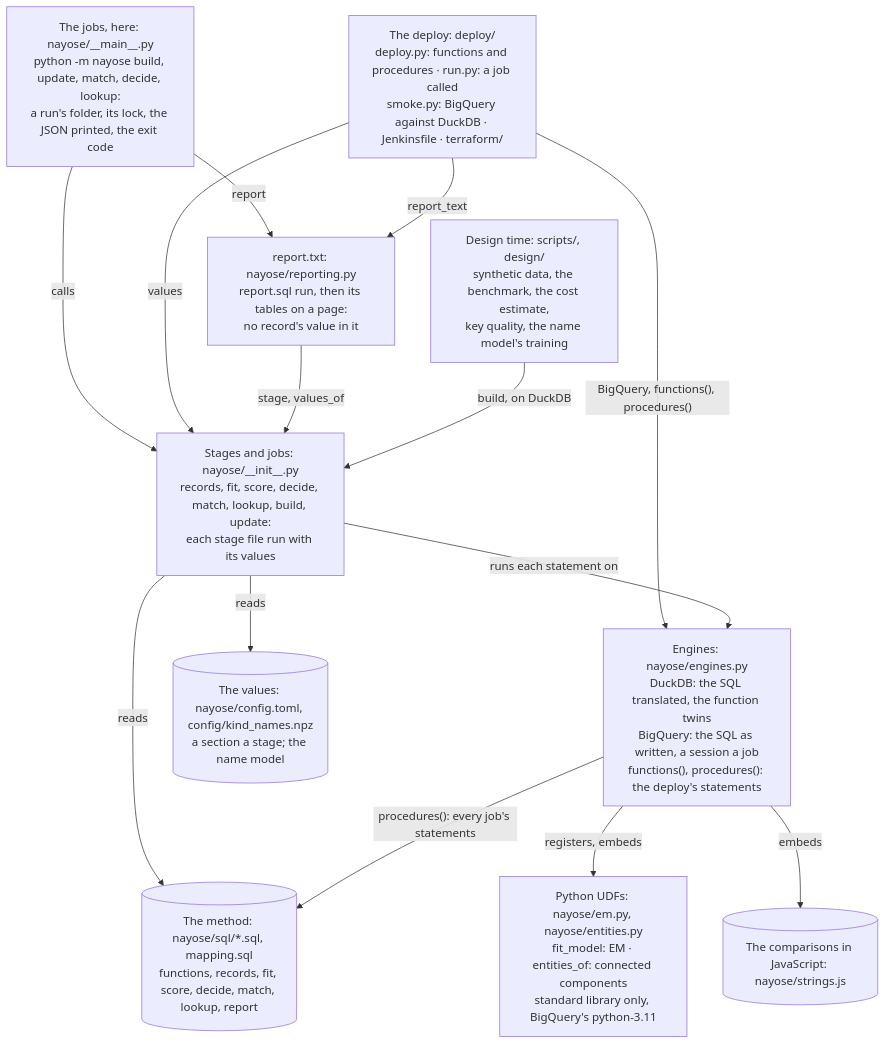
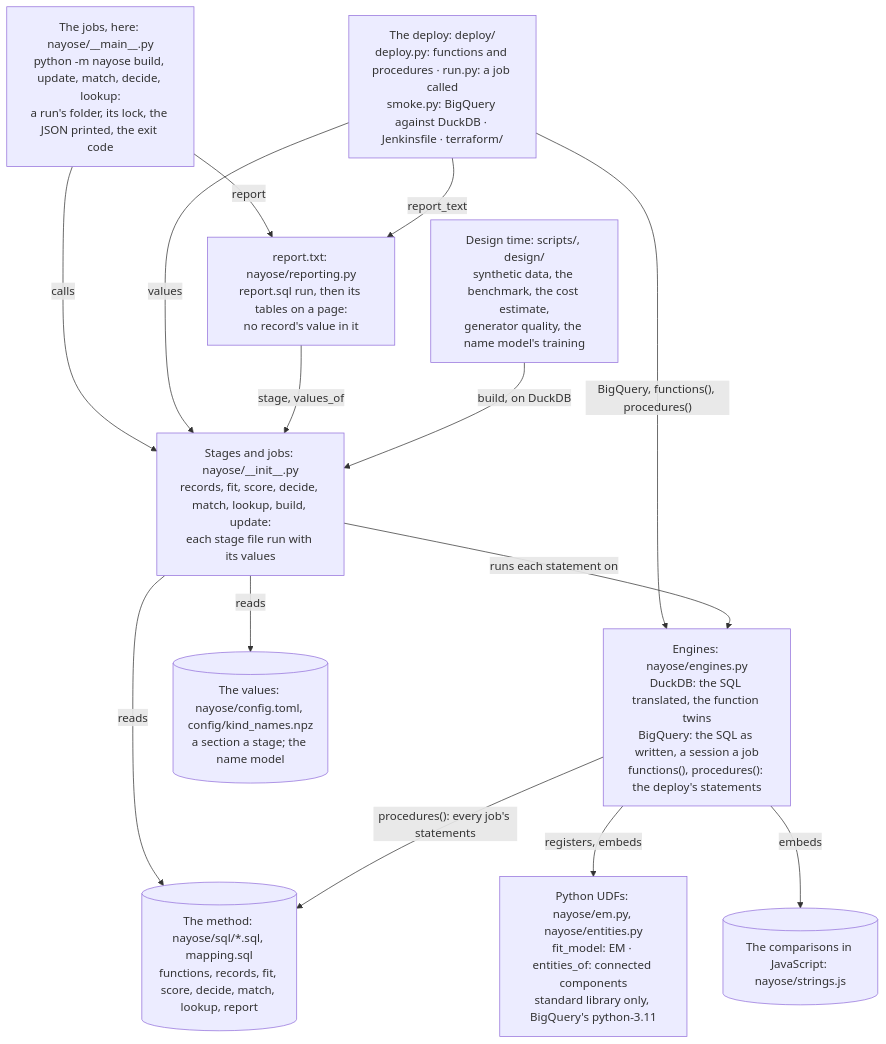
Before and after one commit to mvsbm/entity_matching: the second of 3 diagrams in docs/architecture.md, drawn with Mermaid. The commit also changed other lines of this file and 31 other files, not shown here.

````diff
--- a/docs/architecture.md
+++ b/docs/architecture.md
@@ -71,26 +71,26 @@
 ```mermaid
 flowchart TB
   cli["The jobs, here: nayose/__main__.py<br/>python -m nayose build, update, match, decide, lookup:<br/>a run's folder, its lock, the JSON printed, the exit code"]
   deploy["The deploy: deploy/<br/>deploy.py: functions and procedures · run.py: a job called<br/>smoke.py: BigQuery against DuckDB · Jenkinsfile · terraform/"]
-  tools["Design time: scripts/, design/<br/>synthetic data, the benchmark, the cost estimate,<br/>key quality, the name model's training"]
+  tools["Design time: scripts/, design/<br/>synthetic data, the benchmark, the cost estimate,<br/>generator quality, the name model's training"]
   stages["Stages and jobs: nayose/__init__.py<br/>records, fit, score, decide, match, lookup, build, update:<br/>each stage file run with its values"]
   reporting["report.txt: nayose/reporting.py<br/>report.sql run, then its tables on a page:<br/>no record's value in it"]
   engines["Engines: nayose/engines.py<br/>DuckDB: the SQL translated, the function twins<br/>BigQuery: the SQL as written, a session a job<br/>functions(), procedures(): the deploy's statements"]
   udfs["Python UDFs: nayose/em.py, nayose/entities.py<br/>fit_model: EM · entities_of: connected components<br/>standard library only, BigQuery's python-3.11"]
   sql[("The method: nayose/sql/*.sql, mapping.sql<br/>functions, records, fit, score, decide, match, lookup, report")]
   values[("The values: nayose/config.toml, config/kind_names.npz<br/>a section a stage; the name model")]
   js[("The comparisons in JavaScript: nayose/strings.js")]
   cli -->|"calls"| stages
   cli -->|"report"| reporting
   deploy -->|"BigQuery, functions(), procedures()"| engines
   deploy -->|"values"| stages
   deploy -->|"report_text"| reporting
   reporting -->|"stage, values_of"| stages
   tools -->|"build, on DuckDB"| stages
   stages -->|"reads"| sql
   stages -->|"reads"| values
   stages -->|"runs each statement on"| engines
   engines -->|"registers, embeds"| udfs
   engines -->|"embeds"| js
   engines -->|"procedures(): every job's statements"| sql
 ```
````
